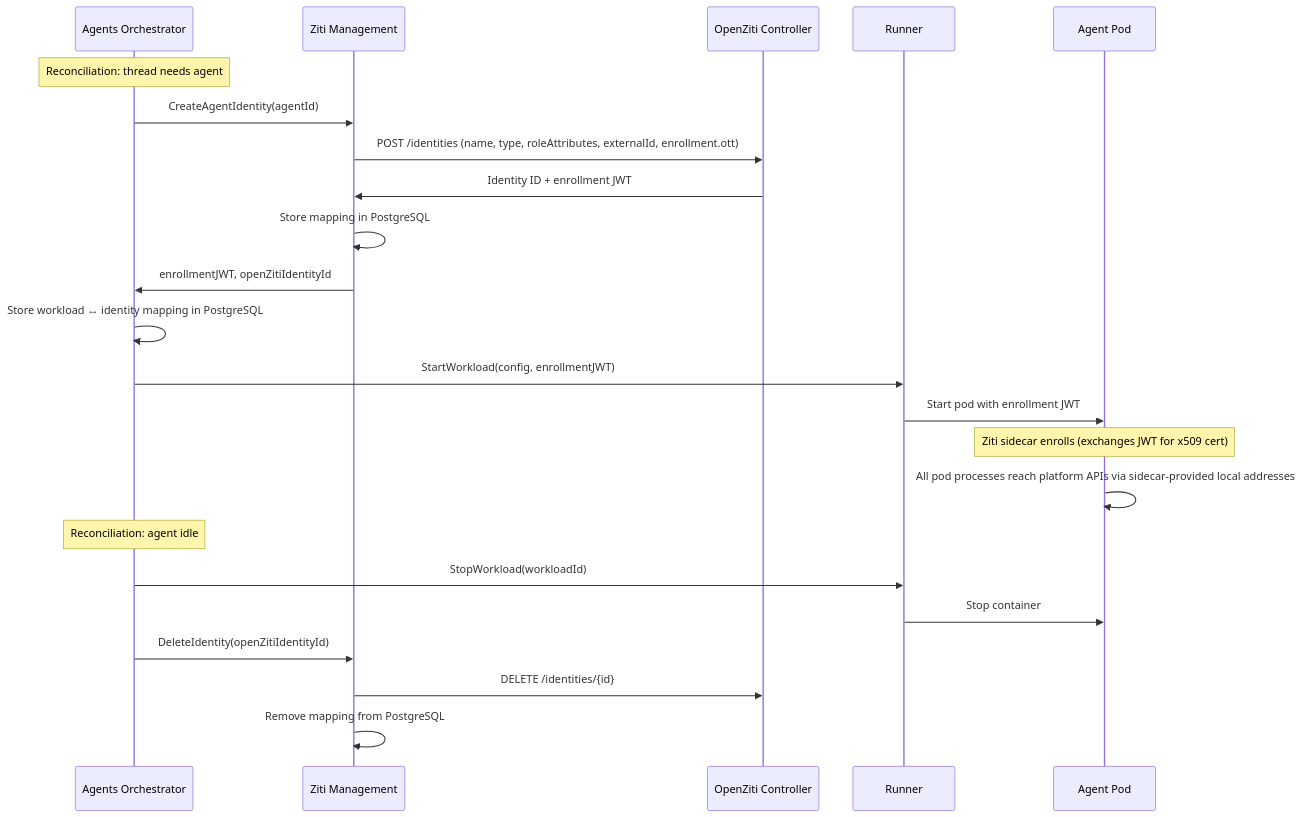
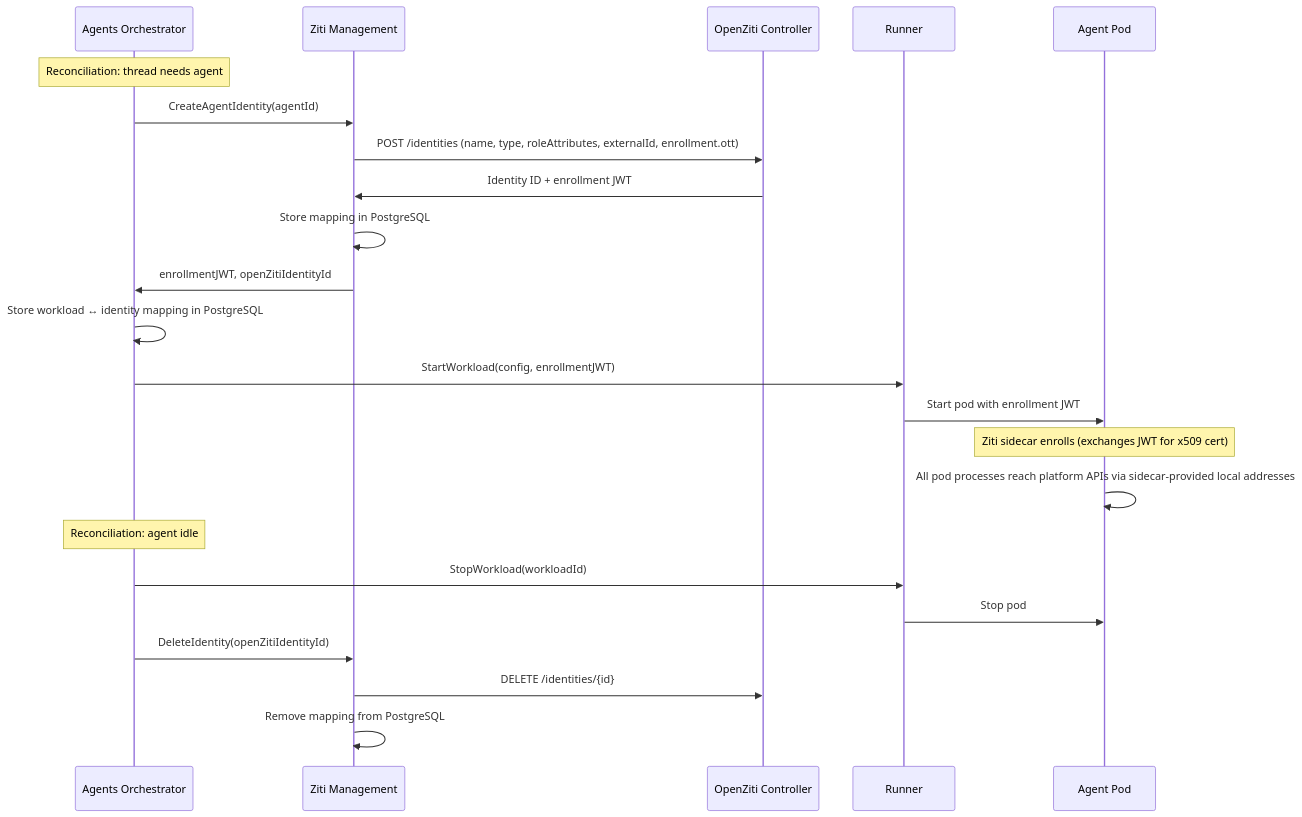
The first of 5 diagrams in architecture/openziti.md (agynio/architecture), drawn with Mermaid before and after one commit. The commit also changed other lines of this file and 3 other files, not shown here.

````diff
--- a/architecture/openziti.md
+++ b/architecture/openziti.md
@@ -102,27 +102,27 @@
 ```mermaid
 sequenceDiagram
     participant O as Agents Orchestrator
     participant ZM as Ziti Management
     participant ZC as OpenZiti Controller
     participant R as Runner
     participant A as Agent Pod
 
     Note over O: Reconciliation: thread needs agent
     O->>ZM: CreateAgentIdentity(agentId)
     ZM->>ZC: POST /identities (name, type, roleAttributes, externalId, enrollment.ott)
     ZC->>ZM: Identity ID + enrollment JWT
     ZM->>ZM: Store mapping in PostgreSQL
     ZM->>O: enrollmentJWT, openZitiIdentityId
     O->>O: Store workload ↔ identity mapping in PostgreSQL
     O->>R: StartWorkload(config, enrollmentJWT)
     R->>A: Start pod with enrollment JWT
     Note over A: Ziti sidecar enrolls (exchanges JWT for x509 cert)
     A->>A: All pod processes reach platform APIs via sidecar-provided local addresses
 
     Note over O: Reconciliation: agent idle
     O->>R: StopWorkload(workloadId)
-    R->>A: Stop container
+    R->>A: Stop pod
     O->>ZM: DeleteIdentity(openZitiIdentityId)
     ZM->>ZC: DELETE /identities/{id}
     ZM->>ZM: Remove mapping from PostgreSQL
 ```
````
